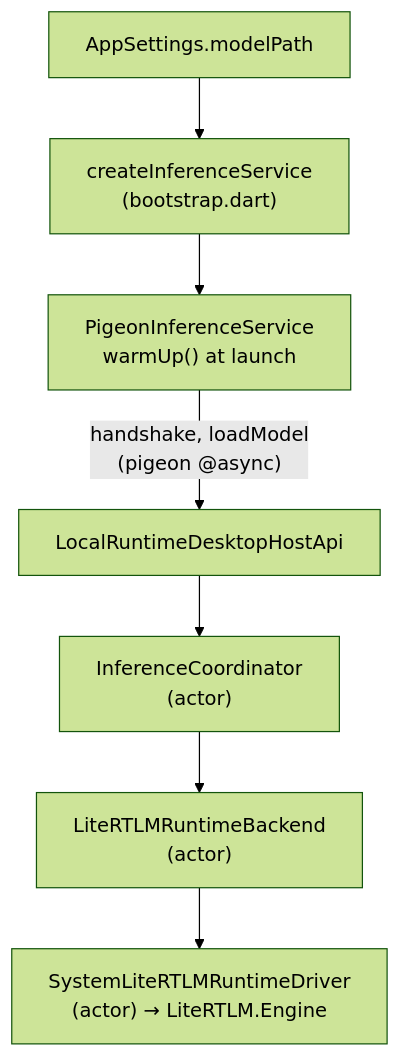
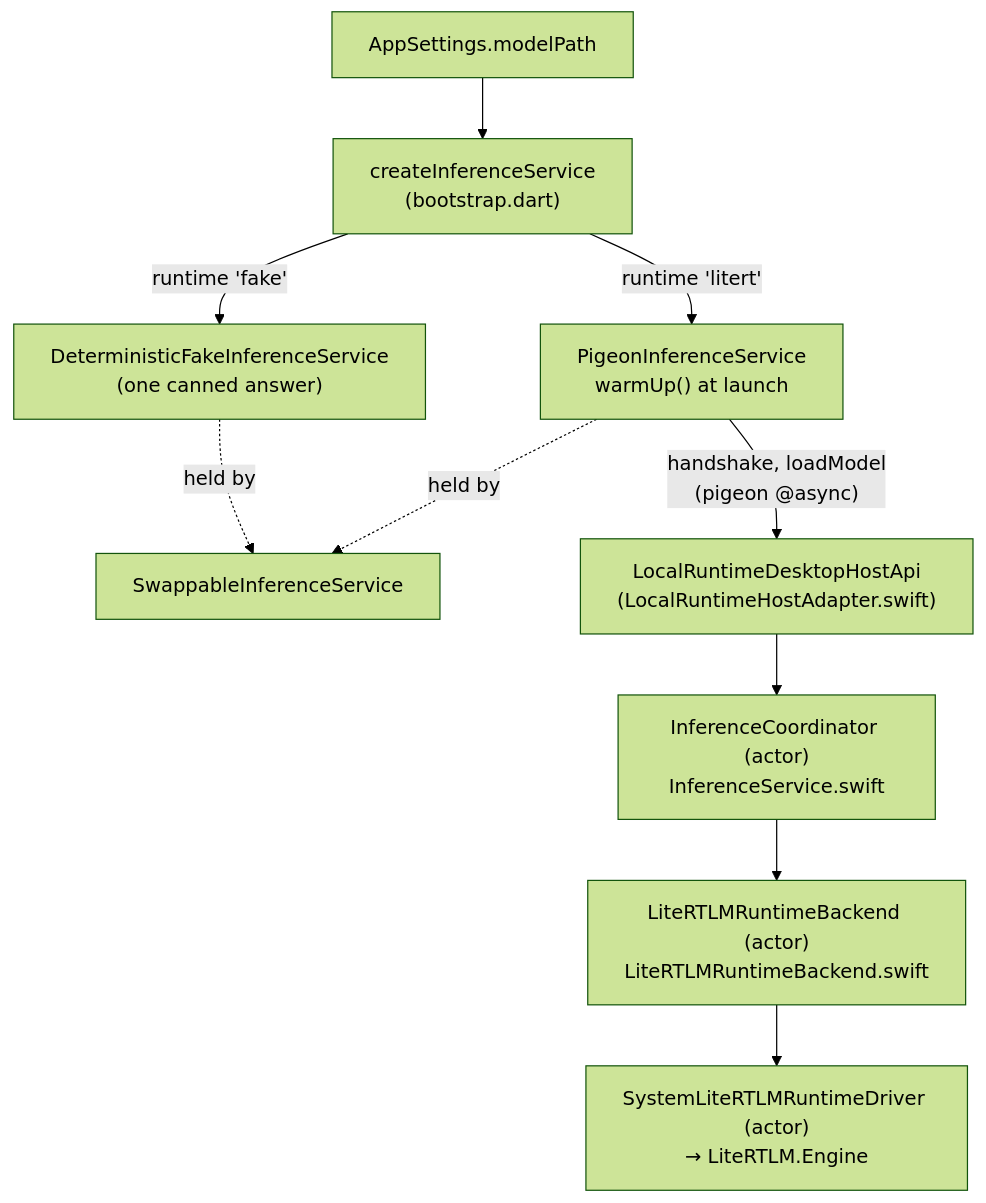
The first of 3 diagrams in docs/features/model.md (chyiiiiiiiiiiii/lulo), drawn with Mermaid (forest theme) before and after one commit. The commit also changed other lines of this file and 10 other files, not shown here.

````diff
--- a/docs/features/model.md
+++ b/docs/features/model.md
@@ -124,9 +142,12 @@
 ```mermaid
 flowchart TD
     settings["AppSettings.modelPath"] --> compose["createInferenceService<br/>(bootstrap.dart)"]
-    compose --> pigeon["PigeonInferenceService<br/>warmUp() at launch"]
-    pigeon -->|"handshake, loadModel<br/>(pigeon @async)"| adapter["LocalRuntimeDesktopHostApi"]
-    adapter --> coord["InferenceCoordinator<br/>(actor)"]
-    coord --> backend["LiteRTLMRuntimeBackend<br/>(actor)"]
-    backend --> driver["SystemLiteRTLMRuntimeDriver<br/>(actor) → LiteRTLM.Engine"]
+    compose -->|"runtime 'fake'"| fake["DeterministicFakeInferenceService<br/>(one canned answer)"]
+    compose -->|"runtime 'litert'"| pigeon["PigeonInferenceService<br/>warmUp() at launch"]
+    fake -.->|"held by"| swap["SwappableInferenceService"]
+    pigeon -.->|"held by"| swap
+    pigeon -->|"handshake, loadModel<br/>(pigeon @async)"| adapter["LocalRuntimeDesktopHostApi<br/>(LocalRuntimeHostAdapter.swift)"]
+    adapter --> coord["InferenceCoordinator (actor)<br/>InferenceService.swift"]
+    coord --> backend["LiteRTLMRuntimeBackend (actor)<br/>LiteRTLMRuntimeBackend.swift"]
+    backend --> driver["SystemLiteRTLMRuntimeDriver (actor)<br/>→ LiteRTLM.Engine"]
 ```
````
